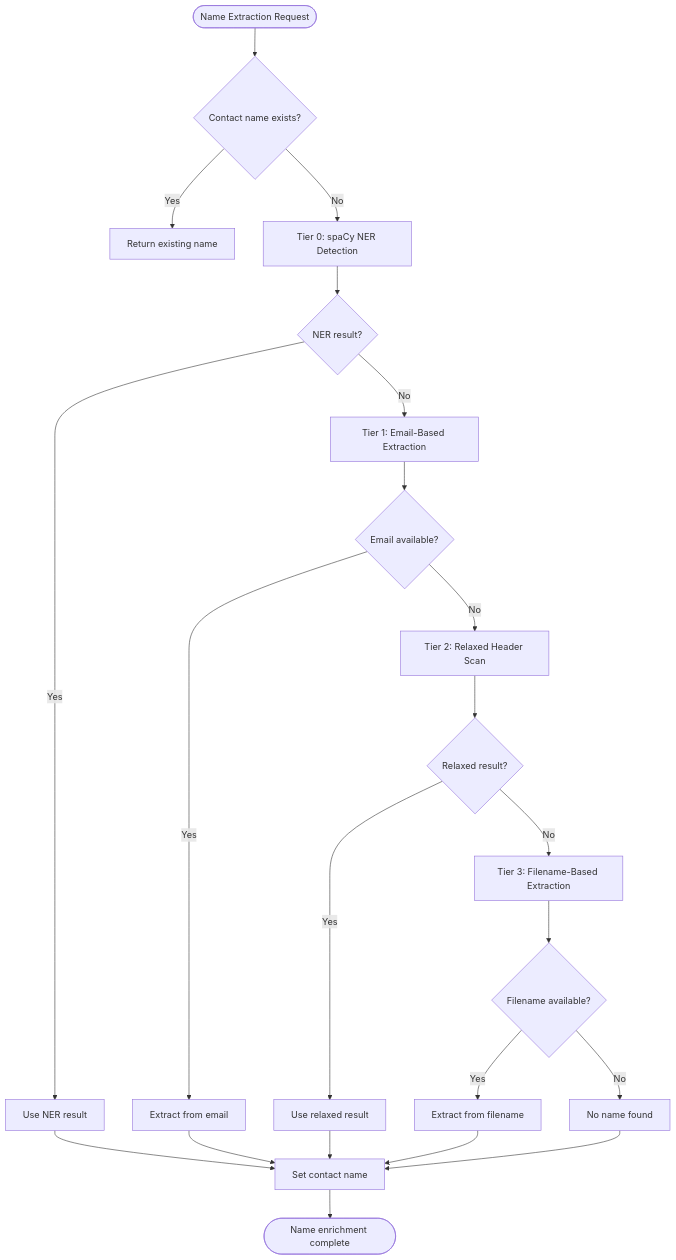
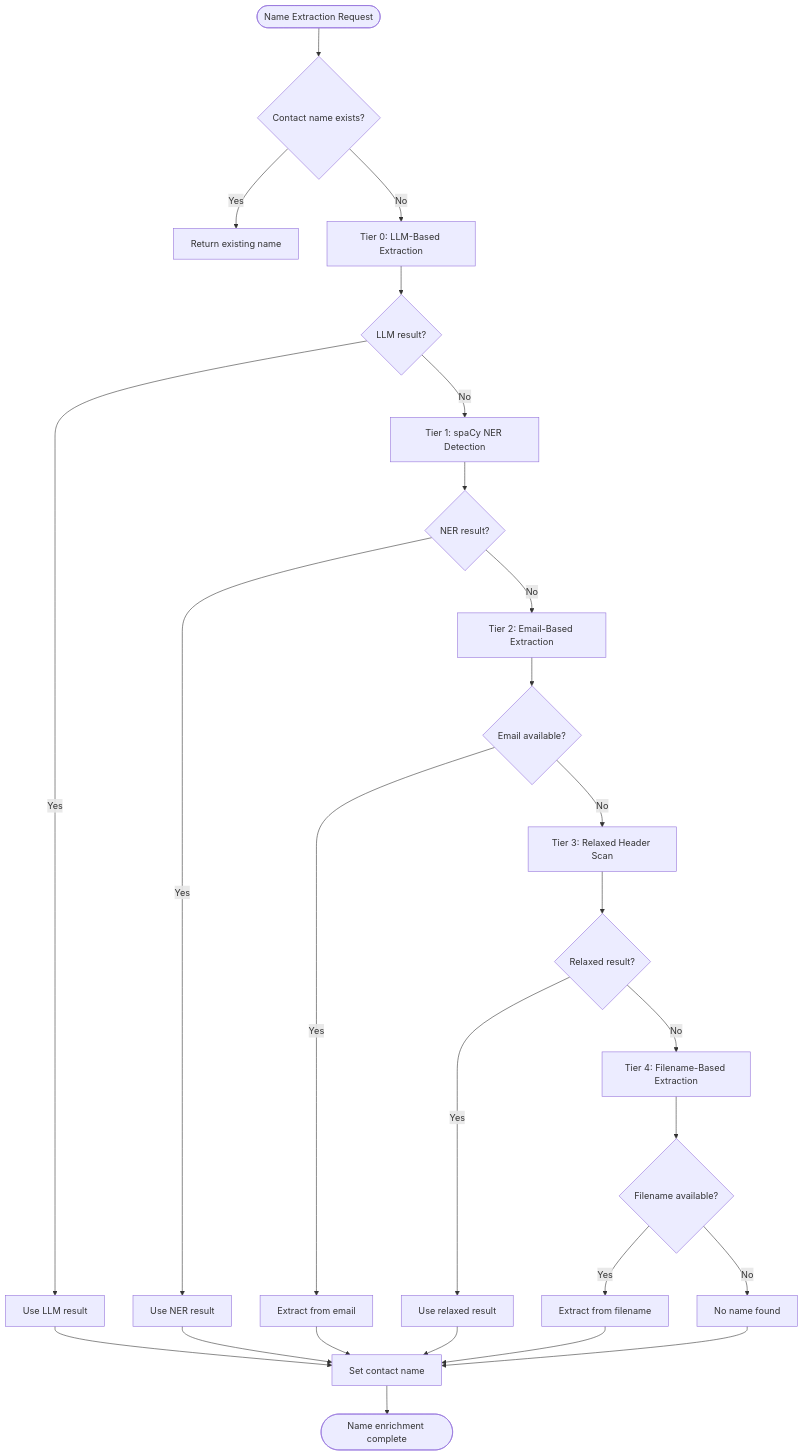
One commit to Revanththetalogics/aireume changed the fifth of 10 diagrams in .qoder/repowiki/en/content/Candidate Management/Resume Parsing and Extraction.md. Above: the diagram before and after it, drawn with Mermaid. The commit also changed other lines of this file and 20 other files, not shown here.

````diff
--- a/.qoder/repowiki/en/content/Candidate Management/Resume Parsing and Extraction.md
+++ b/.qoder/repowiki/en/content/Candidate Management/Resume Parsing and Extraction.md
@@ -214,24 +321,28 @@
 ```mermaid
 flowchart TD
 Start(["Name Extraction Request"]) --> CheckContact{"Contact name exists?"}
 CheckContact --> |Yes| Return["Return existing name"]
-CheckContact --> |No| Tier0["Tier 0: spaCy NER Detection"]
-Tier0 --> HasNER{"NER result?"}
+CheckContact --> |No| LLM["Tier 0: LLM-Based Extraction"]
+LLM --> HasLLM{"LLM result?"}
+HasLLM --> |Yes| UseLLM["Use LLM result"]
+HasLLM --> |No| Tier1["Tier 1: spaCy NER Detection"]
+Tier1 --> HasNER{"NER result?"}
 HasNER --> |Yes| UseNER["Use NER result"]
-HasNER --> |No| Tier1["Tier 1: Email-Based Extraction"]
-Tier1 --> HasEmail{"Email available?"}
+HasNER --> |No| Tier2["Tier 2: Email-Based Extraction"]
+Tier2 --> HasEmail{"Email available?"}
 HasEmail --> |Yes| UseEmail["Extract from email"]
-HasEmail --> |No| Tier2["Tier 2: Relaxed Header Scan"]
-Tier2 --> HasRelaxed{"Relaxed result?"}
+HasEmail --> |No| Tier3["Tier 3: Relaxed Header Scan"]
+Tier3 --> HasRelaxed{"Relaxed result?"}
 HasRelaxed --> |Yes| UseRelaxed["Use relaxed result"]
-HasRelaxed --> |No| Tier3["Tier 3: Filename-Based Extraction"]
-Tier3 --> HasFilename{"Filename available?"}
+HasRelaxed --> |No| Tier4["Tier 4: Filename-Based Extraction"]
+Tier4 --> HasFilename{"Filename available?"}
 HasFilename --> |Yes| UseFilename["Extract from filename"]
 HasFilename --> |No| Fail["No name found"]
-UseNER --> Success["Set contact name"]
+UseLLM --> Success["Set contact name"]
+UseNER --> Success
 UseEmail --> Success
 UseRelaxed --> Success
 UseFilename --> Success
 Fail --> Success
 Success --> End(["Name enrichment complete"])
 ```
````
